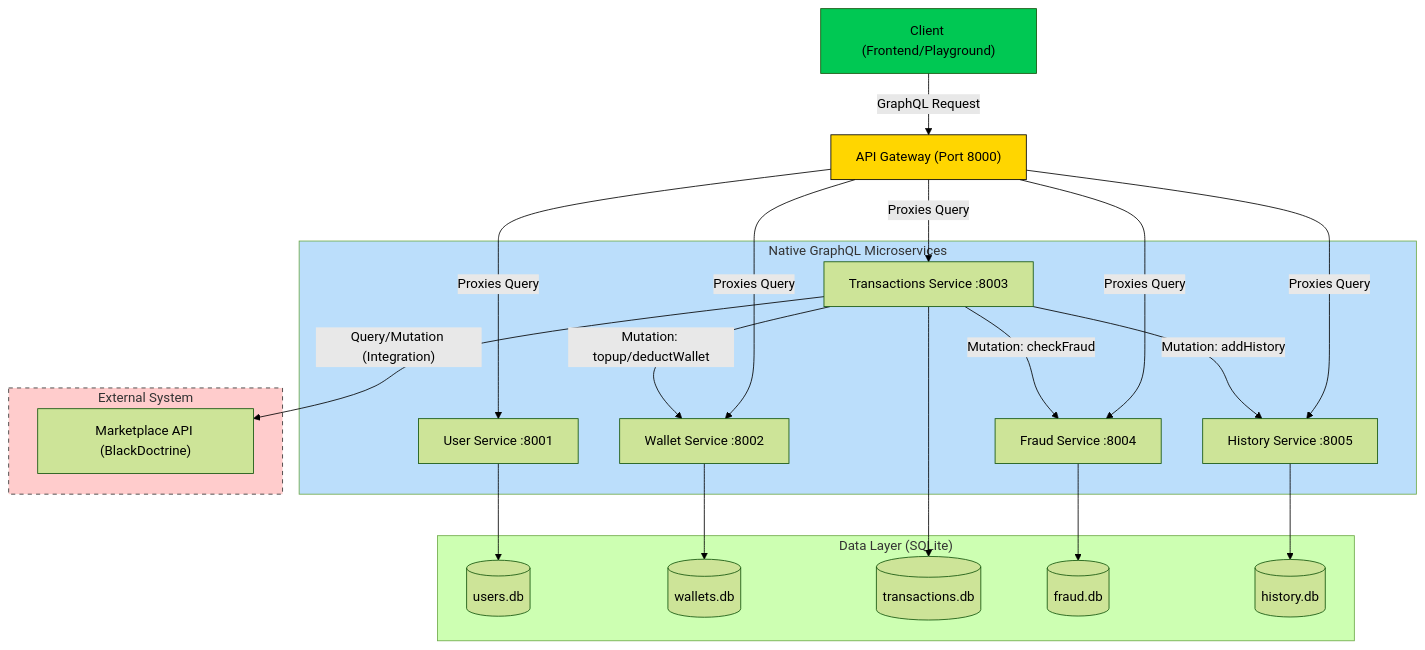
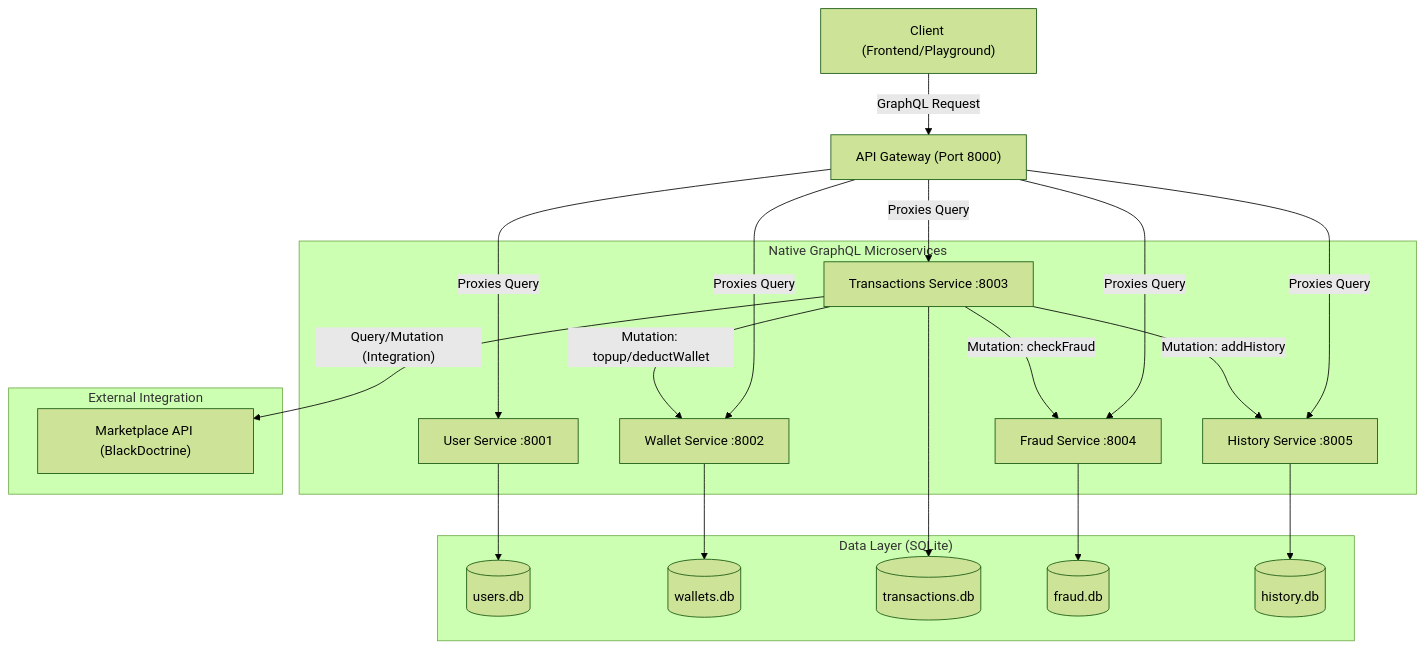
The diagram in readme.md (AAkmalAmran/Project-UAS-IAE_Dompet-Digital-Sawit), drawn with Mermaid (forest theme) before and after one commit. The commit also changed other lines of this file, not shown here.

Commit message:
Refactor readme diagram and style definitions
Updated the diagram and removed some styles in the readme.

````diff
--- a/readme.md
+++ b/readme.md
@@ -19,46 +19,41 @@
 ```mermaid
 flowchart TB
     Client["Client (Frontend/Playground)"] -- GraphQL Request --> Gateway["API Gateway (Port 8000)"]
     
     subgraph Services ["Native GraphQL Microservices"]
         User["User Service :8001"]
         Wallet["Wallet Service :8002"]
         Trx["Transactions Service :8003"]
         Fraud["Fraud Service :8004"]
         History["History Service :8005"]
     end
 
     subgraph Database ["Data Layer (SQLite)"]
         DB1[("users.db")]
         DB2[("wallets.db")]
         DB3[("transactions.db")]
         DB4[("fraud.db")]
         DB5[("history.db")]
     end
 
-    subgraph External ["External System"]
+    subgraph External ["External Integration"]
         Marketplace["Marketplace API (BlackDoctrine)"]
     end
 
     %% Flow Communication (Gateway Proxy)
     Gateway -- Proxies Query --> User & Wallet & Trx & Fraud & History
     
     %% Inter-service Communication (GraphQL Calls)
     Trx -- Mutation: checkFraud --> Fraud
     Trx -- Mutation: topup/deductWallet --> Wallet
     Trx -- Mutation: addHistory --> History
     Trx -- Query/Mutation (Integration) --> Marketplace
 
     %% DB Connections
     User --> DB1
     Wallet --> DB2
     Trx --> DB3
     Fraud --> DB4
     History --> DB5
 
-    style Gateway fill:#FFD600,color:#000000,stroke:#000
-    style Client fill:#00C853,color:#000000
-    style Services fill:#BBDEFB
-    style External fill:#ffcccc,stroke:#333,stroke-dasharray: 5 5
-
 ```
````
